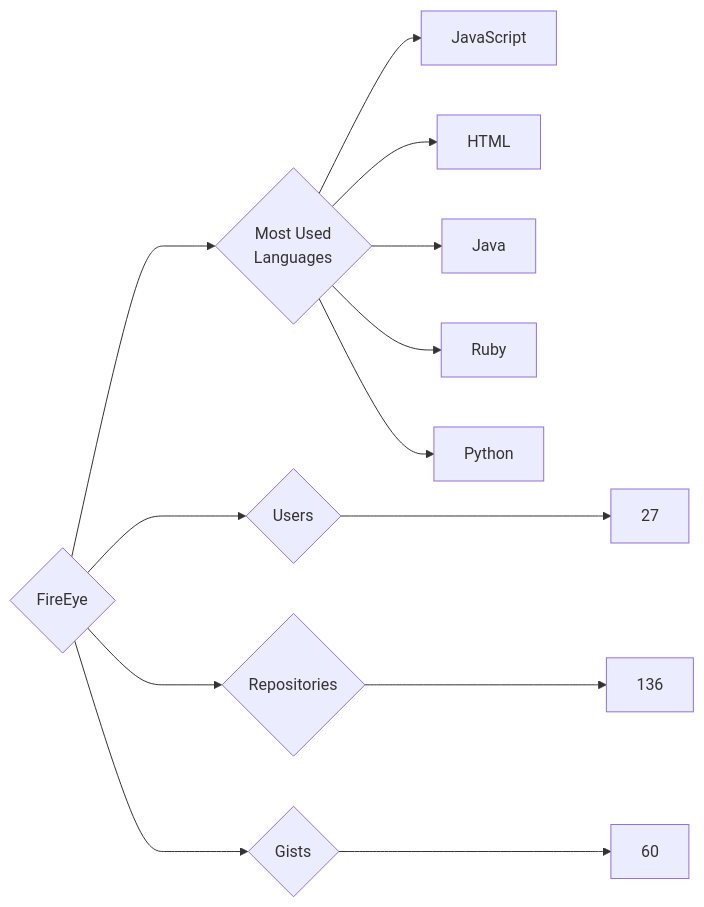
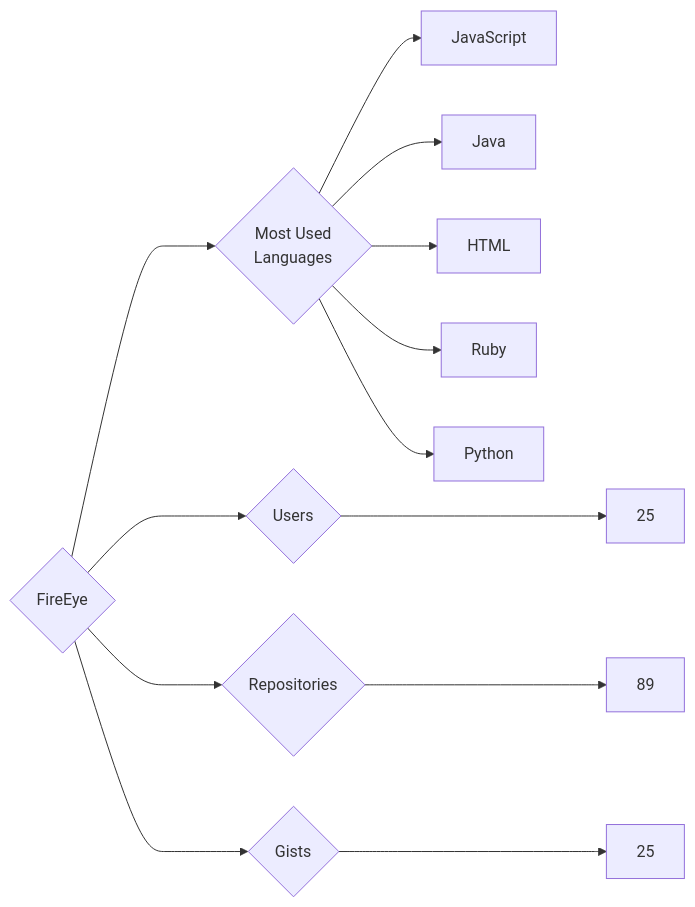
Before and after one commit to trickest/insiders: the diagram in targets/FireEye/README.md, drawn with Mermaid. The commit also changed 914 other files, not shown here.

````diff
--- a/targets/FireEye/README.md
+++ b/targets/FireEye/README.md
@@ -3,13 +3,13 @@
 ```mermaid
 graph LR
 COMPANY_NAME{FireEye}
-COMPANY_NAME ---> U{Users} ---> UN[27]
-COMPANY_NAME ---> R{Repositories} ---> RN[136]
-COMPANY_NAME ---> G{Gists} ---> GN[60]
+COMPANY_NAME ---> U{Users} ---> UN[25]
+COMPANY_NAME ---> R{Repositories} ---> RN[89]
+COMPANY_NAME ---> G{Gists} ---> GN[25]
 COMPANY_NAME ---> ML{Most Used<br>Languages}
 ML --> JavaScript[JavaScript]
+ML --> Java[Java]
 ML --> HTML[HTML]
-ML --> Java[Java]
 ML --> Ruby[Ruby]
 ML --> Python[Python]
 ```
````
